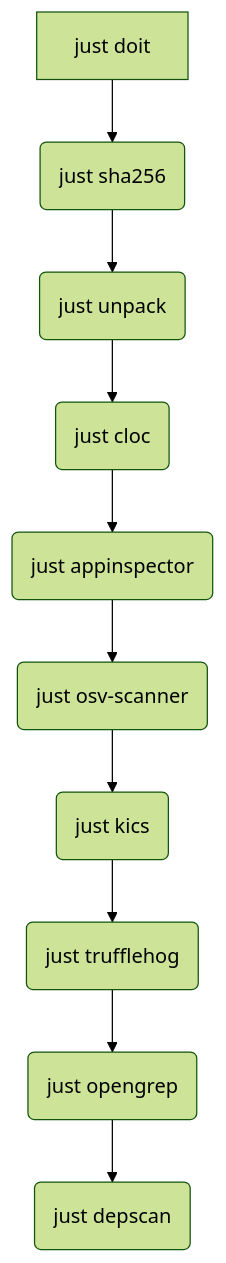
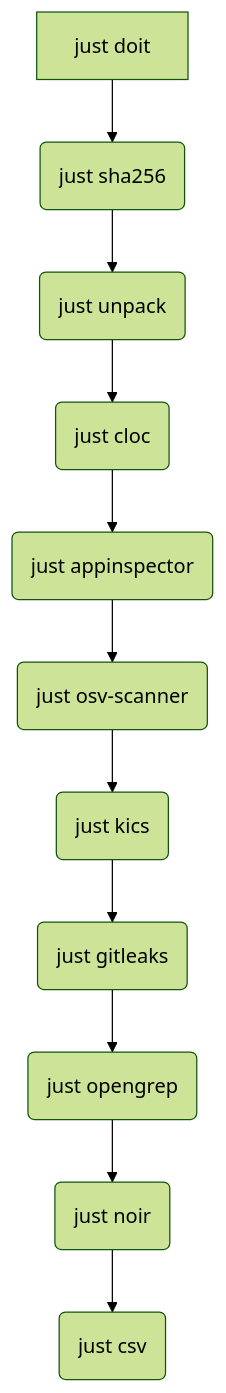
One commit to igbuend/baldwin.sh changed the diagram in README.md. Above: the diagram before and after it, drawn with Mermaid (forest theme). The commit also changed other lines of this file and 1 other file, not shown here.

````diff
--- a/README.md
+++ b/README.md
@@ -236,12 +238,13 @@
 ```mermaid
 graph TD
     A[just doit] --> B(just sha256);
     B --> C(just unpack);
     C --> D(just cloc);
     D --> E(just appinspector);
     E --> F(just osv-scanner);
     F --> G(just kics);
-    G --> H(just trufflehog);
+    G --> H(just gitleaks);
     H --> I(just opengrep);
-    I --> J(just depscan);
+    I --> J(just noir);
+    J --> K(just csv);
 ```
````
